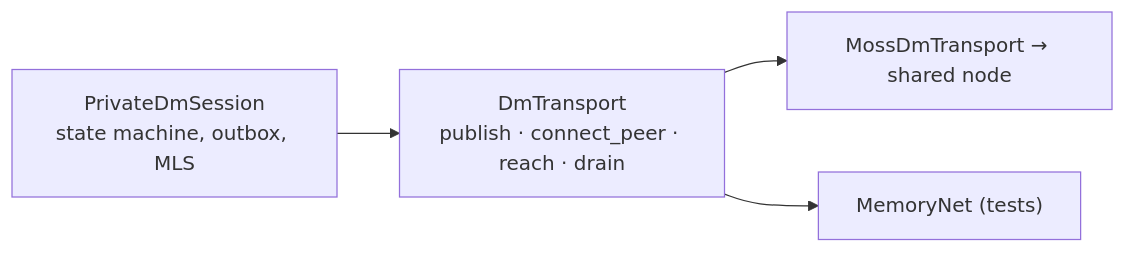
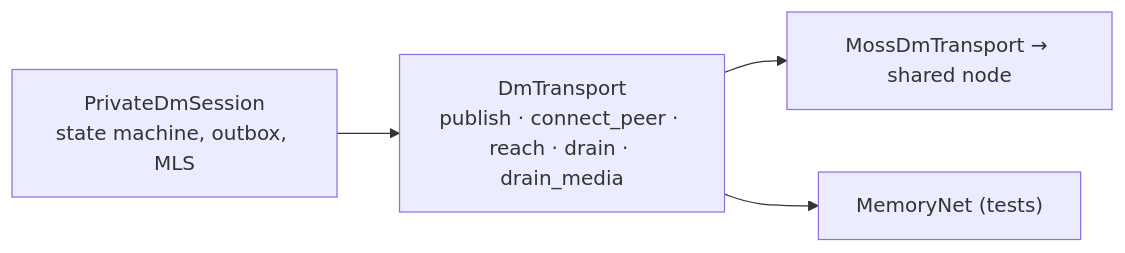
Diagram 11 of 16 in docs/Architecture.md (redstone-md/mosh-flutter), drawn with Mermaid before and after one commit. The commit also changed other lines of this file and 1 other file, not shown here.

Commit message:
docs: architecture + changelog for the mac-stability round

````diff
--- a/docs/Architecture.md
+++ b/docs/Architecture.md
@@ -600,10 +608,10 @@
 ```mermaid
 flowchart LR
     Session["PrivateDmSession<br/>state machine, outbox, MLS"]
-    Trait["DmTransport<br/>publish · connect_peer · reach · drain"]
+    Trait["DmTransport<br/>publish · connect_peer · reach · drain · drain_media"]
     Moss["MossDmTransport → shared node"]
     Mem["MemoryNet (tests)"]
     Session --> Trait
     Trait --> Moss
     Trait --> Mem
 ```
````
